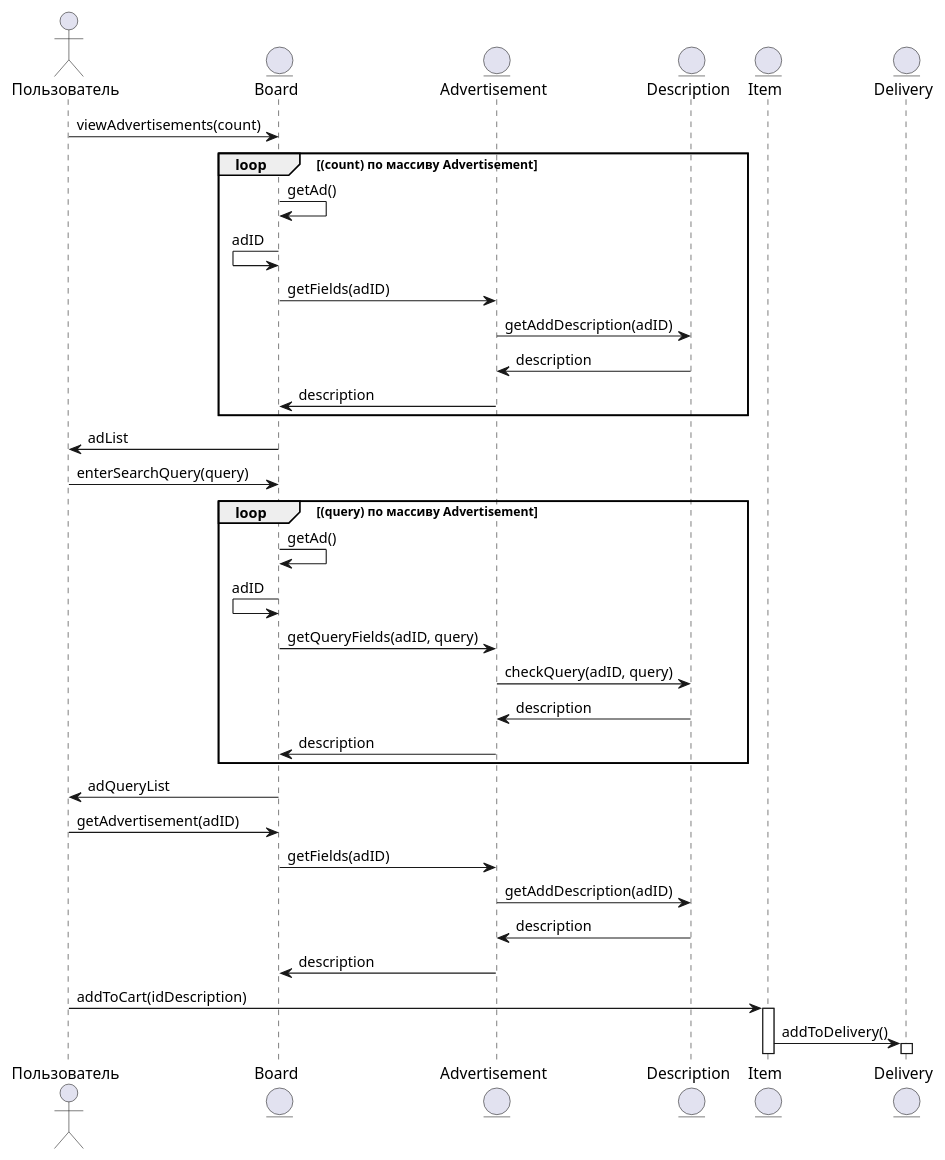
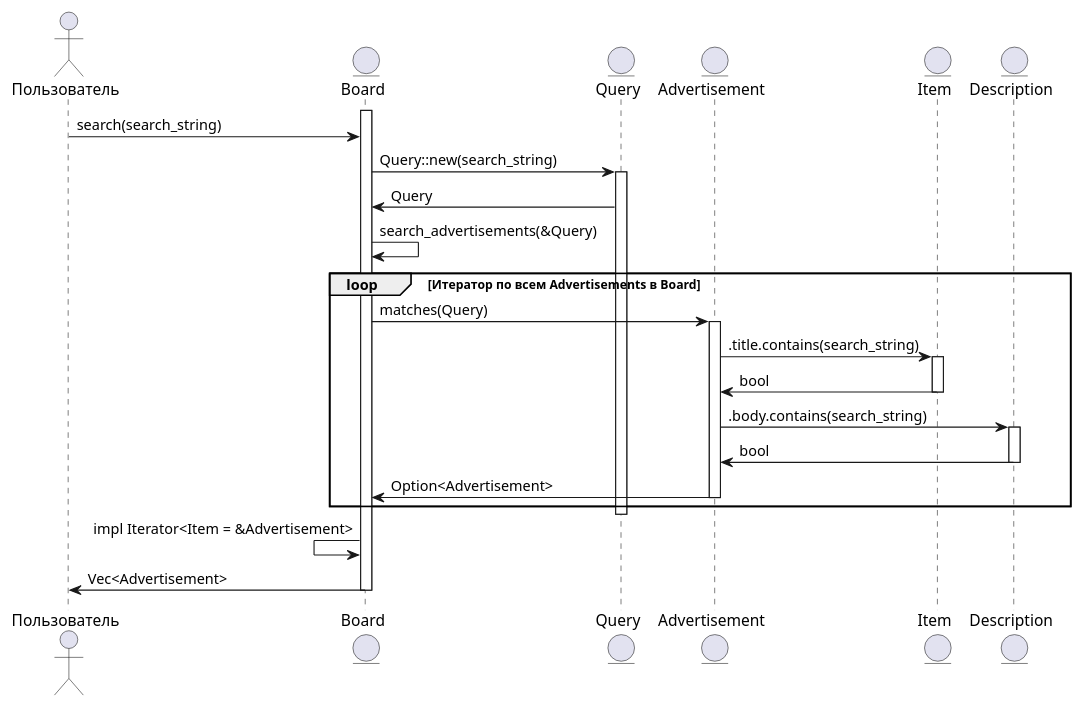
One commit to penamarth/bsbo-01-22_team1_var13 changed the diagram in Диаграмма последовательности Поиск объявлений.md. Above: the diagram before and after it, drawn with PlantUML.

Commit message:
fix: Tweak `Диаграмма последовательности Поиск объявлений.md`

````diff
--- a/Диаграмма последовательности Поиск объявлений.md
+++ b/Диаграмма последовательности Поиск объявлений.md
@@ -1,50 +1,38 @@
 ```plantuml
 @startuml
 
 actor Пользователь
 entity Board
+entity Query
 entity Advertisement
+entity Item
 entity Description
-entity Item
-entity Delivery
 
-Пользователь -> Board : viewAdvertisements(count)
+activate Board
+Пользователь -> Board : search(search_string)
+Board -> Query : Query::new(search_string)
+activate Query
+Board <- Query : Query
+Board -> Board : search_advertisements(&Query)
+loop Итератор по всем Advertisements в Board
+Board -> Advertisement : matches(Query)
+activate Advertisement
+Advertisement -> Item : .title.contains(search_string)
+activate Item
+Advertisement <- Item : bool
+deactivate Item
+Advertisement -> Description : .body.contains(search_string)
+activate Description
+Advertisement <- Description : bool
+deactivate Description
+Board <- Advertisement : Option<Advertisement>
+deactivate Advertisement
+end
+deactivate Query
+Board <- Board : impl Iterator<Item = &Advertisement>
+Пользователь <- Board : Vec<Advertisement>
 
-loop (count) по массиву Advertisement
-Board -> Board : getAd()
-Board <- Board : adID
-Board -> Advertisement : getFields(adID)
-Advertisement -> Description : getAddDescription(adID)
-Advertisement <- Description : description
-Board <- Advertisement : description
-end
-
-Board -> Пользователь : adList
-
-Пользователь -> Board : enterSearchQuery(query)
-
-loop (query) по массиву Advertisement
-Board -> Board : getAd()
-Board <- Board : adID
-Board -> Advertisement : getQueryFields(adID, query)
-Advertisement -> Description : checkQuery(adID, query)
-Advertisement <- Description : description
-Board <- Advertisement : description
-end
-
-Board -> Пользователь : adQueryList
-
-Пользователь -> Board : getAdvertisement(adID)
-Board -> Advertisement : getFields(adID)
-Advertisement -> Description : getAddDescription(adID)
-Description -> Advertisement : description
-Board <- Advertisement : description
-
-
-Пользователь -> Item : addToCart(idDescription)
-activate Item
-Item -> Delivery : addToDelivery()
-activate Delivery
+deactivate Board
 
 @enduml
 ```
````
